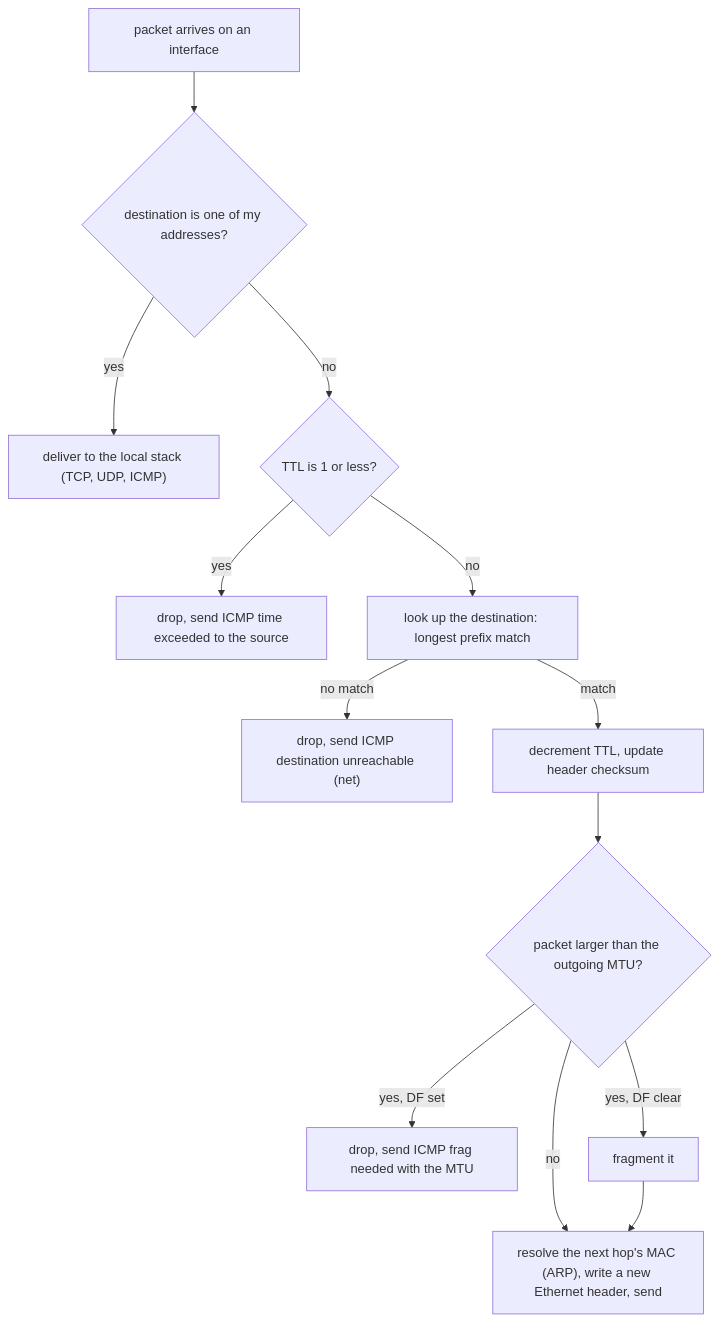
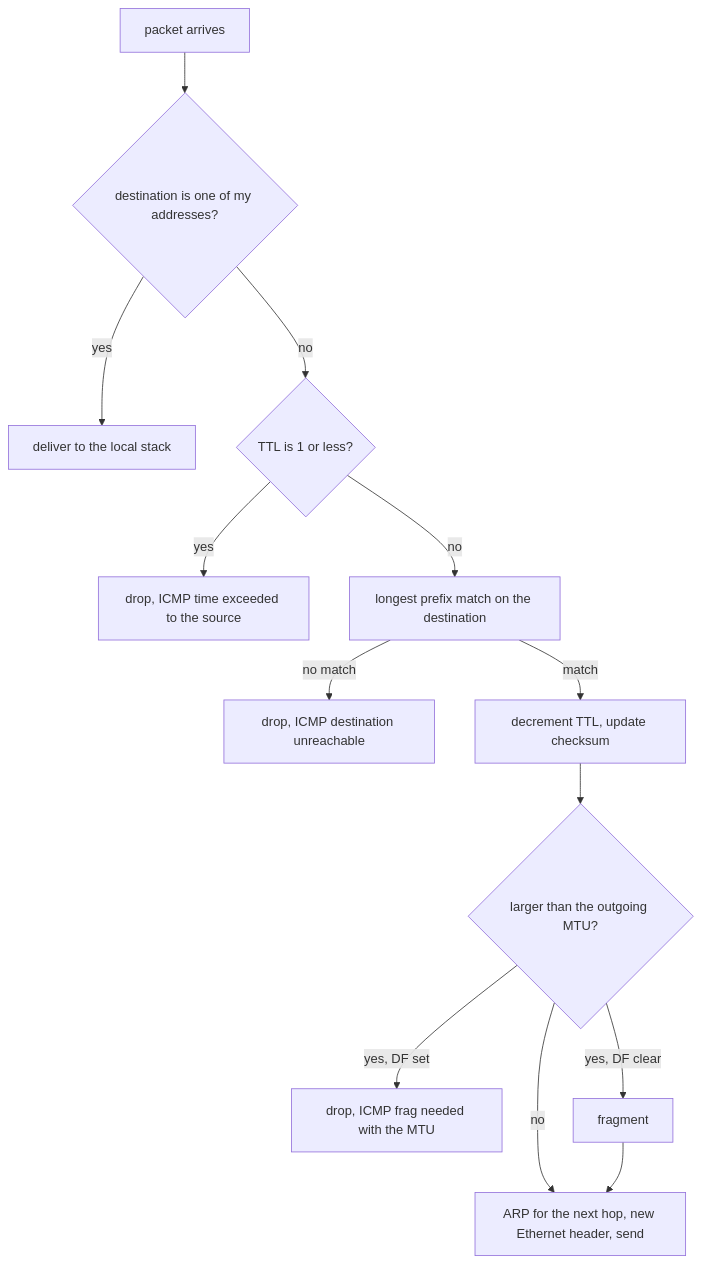
Before and after one commit to Princeahrwar/Study: the first of 4 diagrams in 07_networking/02_ip_routing_and_layer3.md, drawn with Mermaid. The commit also changed other lines of this file, not shown here.

First line of the commit message:
Rewrite NET 02 (IP, routing and layer 3) in WF 14 style

````diff
--- a/07_networking/02_ip_routing_and_layer3.md
+++ b/07_networking/02_ip_routing_and_layer3.md
@@ -373,15 +129,15 @@
 ```mermaid
 flowchart TD
-  A["packet arrives on an interface"] --> B{"destination is one of my addresses?"}
-  B -- yes --> C["deliver to the local stack (TCP, UDP, ICMP)"]
+  A["packet arrives"] --> B{"destination is one of my addresses?"}
+  B -- yes --> C["deliver to the local stack"]
   B -- no --> D{"TTL is 1 or less?"}
-  D -- yes --> E["drop, send ICMP time exceeded to the source"]
-  D -- no --> F["look up the destination: longest prefix match"]
-  F -- no match --> G["drop, send ICMP destination unreachable (net)"]
-  F -- match --> H["decrement TTL, update header checksum"]
-  H --> I{"packet larger than the outgoing MTU?"}
-  I -- "yes, DF set" --> J["drop, send ICMP frag needed with the MTU"]
-  I -- "yes, DF clear" --> K["fragment it"]
-  I -- no --> L["resolve the next hop's MAC (ARP), write a new Ethernet header, send"]
+  D -- yes --> E["drop, ICMP time exceeded to the source"]
+  D -- no --> F["longest prefix match on the destination"]
+  F -- no match --> G["drop, ICMP destination unreachable"]
+  F -- match --> H["decrement TTL, update checksum"]
+  H --> I{"larger than the outgoing MTU?"}
+  I -- "yes, DF set" --> J["drop, ICMP frag needed with the MTU"]
+  I -- "yes, DF clear" --> K["fragment"]
+  I -- no --> L["ARP for the next hop, new Ethernet header, send"]
   K --> L
 ```
````
